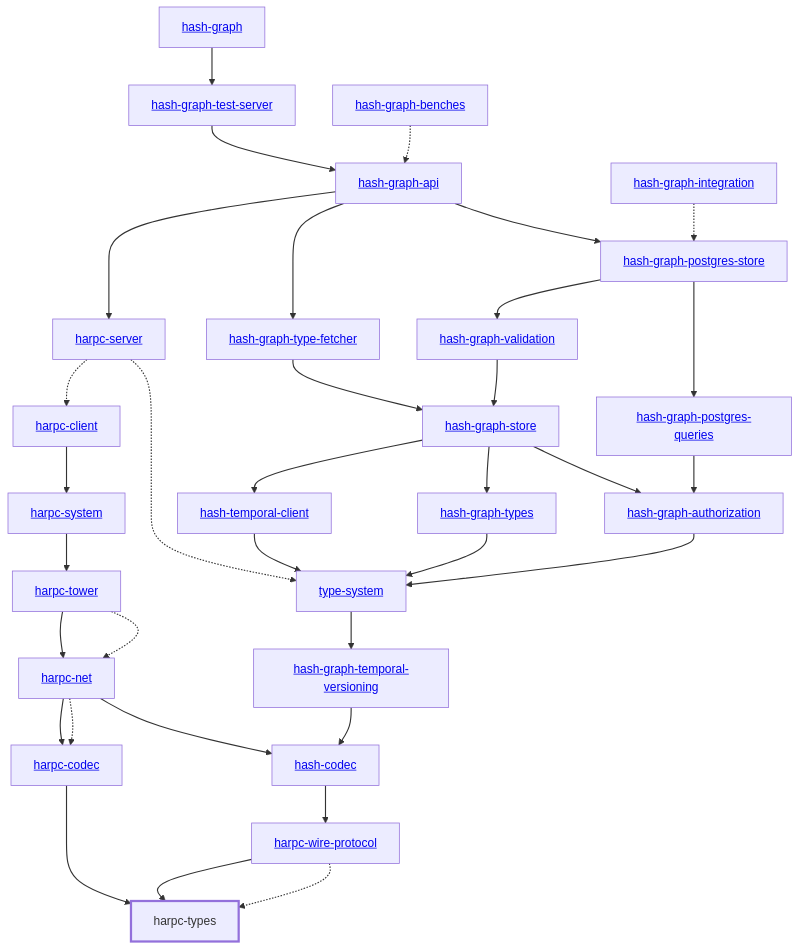
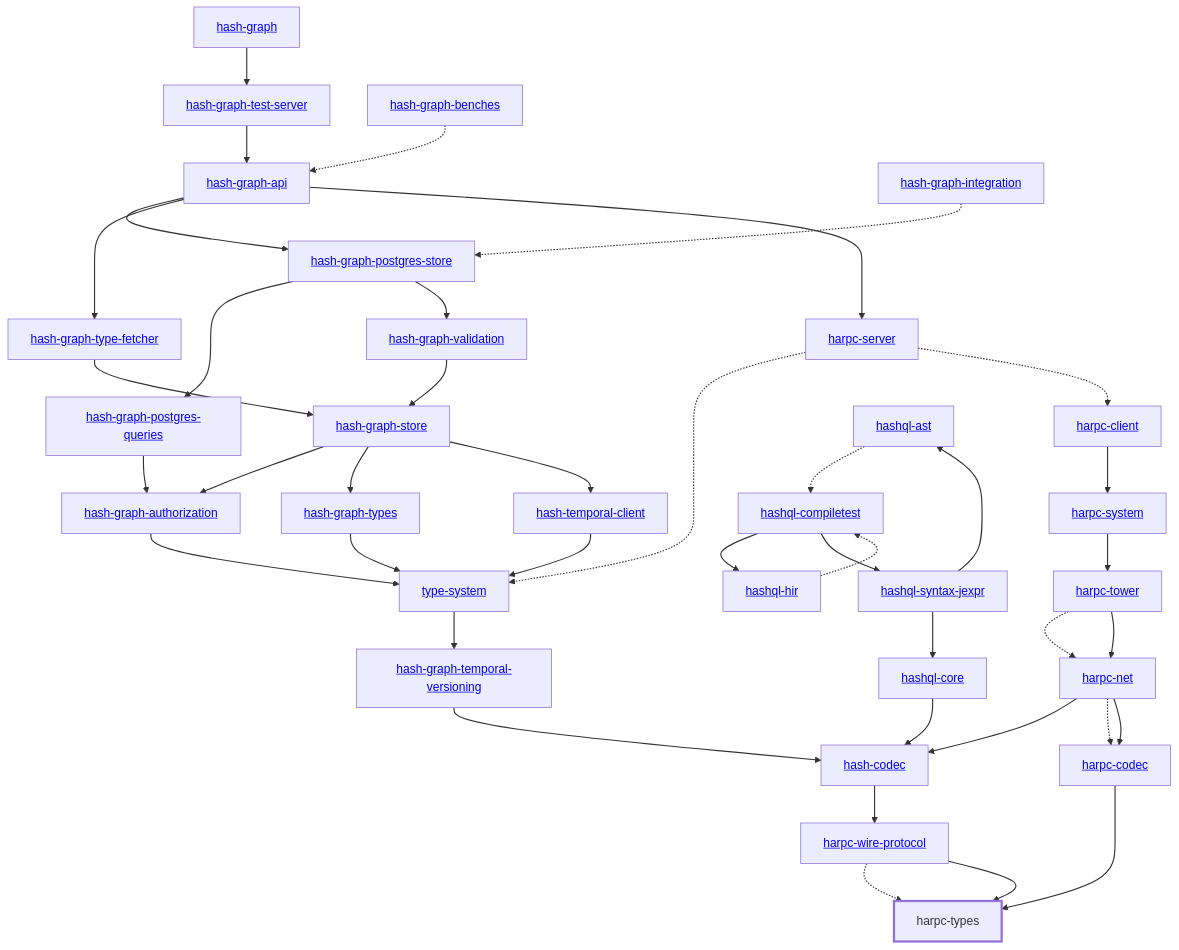
The diagram in libs/@local/harpc/types/docs/dependency-diagram.mmd (hashintel/hash), drawn with Mermaid before and after one commit. The commit also changed 8 other files, not shown here.

Commit message:
fix: dependency diagram

```diff
--- a/libs/@local/harpc/types/docs/dependency-diagram.mmd
+++ b/libs/@local/harpc/types/docs/dependency-diagram.mmd
@@ -1,68 +1,80 @@
 graph TD
     linkStyle default stroke-width:1.5px
     classDef default stroke-width:1px
     classDef root stroke-width:3px
     classDef dev stroke-width:1px
     classDef build stroke-width:1px
     %% Legend
     %% --> : Normal dependency
     %% -.-> : Dev dependency
     %% ---> : Build dependency
     0[<a href="../hash_graph">hash-graph</a>]
     1[<a href="../type_system">type-system</a>]
     2[<a href="../hash_codec">hash-codec</a>]
     3[<a href="../hash_graph_api">hash-graph-api</a>]
     4[<a href="../hash_graph_authorization">hash-graph-authorization</a>]
     5[<a href="../hash_graph_postgres_queries">hash-graph-postgres-queries</a>]
     6[<a href="../hash_graph_postgres_store">hash-graph-postgres-store</a>]
     7[<a href="../hash_graph_store">hash-graph-store</a>]
     8[<a href="../hash_graph_temporal_versioning">hash-graph-temporal-versioning</a>]
     9[<a href="../hash_graph_test_server">hash-graph-test-server</a>]
     10[<a href="../hash_graph_type_fetcher">hash-graph-type-fetcher</a>]
     11[<a href="../hash_graph_types">hash-graph-types</a>]
     12[<a href="../hash_graph_validation">hash-graph-validation</a>]
     13[<a href="../harpc_client">harpc-client</a>]
     14[<a href="../harpc_codec">harpc-codec</a>]
     15[<a href="../harpc_net">harpc-net</a>]
     16[<a href="../harpc_server">harpc-server</a>]
     17[<a href="../harpc_system">harpc-system</a>]
     18[<a href="../harpc_tower">harpc-tower</a>]
     19[harpc-types]
     class 19 root
     20[<a href="../harpc_wire_protocol">harpc-wire-protocol</a>]
-    21[<a href="../hash_temporal_client">hash-temporal-client</a>]
-    22[<a href="../hash_graph_benches">hash-graph-benches</a>]
-    23[<a href="../hash_graph_integration">hash-graph-integration</a>]
+    21[<a href="../hashql_ast">hashql-ast</a>]
+    22[<a href="../hashql_compiletest">hashql-compiletest</a>]
+    23[<a href="../hashql_core">hashql-core</a>]
+    24[<a href="../hashql_hir">hashql-hir</a>]
+    25[<a href="../hashql_syntax_jexpr">hashql-syntax-jexpr</a>]
+    26[<a href="../hash_temporal_client">hash-temporal-client</a>]
+    27[<a href="../hash_graph_benches">hash-graph-benches</a>]
+    28[<a href="../hash_graph_integration">hash-graph-integration</a>]
     0 --> 9
     1 --> 8
     2 --> 20
     3 --> 6
     3 --> 10
     3 --> 16
     4 --> 1
     5 --> 4
     6 --> 5
     6 --> 12
     7 --> 4
     7 --> 11
-    7 --> 21
+    7 --> 26
     8 --> 2
     9 --> 3
     10 --> 7
     11 --> 1
     12 --> 7
     13 --> 17
     14 --> 19
     15 --> 2
     15 -.-> 14
     15 --> 14
     16 -.-> 1
     16 -.-> 13
     17 --> 18
     18 -.-> 15
     18 --> 15
     20 -.-> 19
     20 --> 19
-    21 --> 1
-    22 -.-> 3
-    23 -.-> 6
+    21 -.-> 22
+    22 --> 24
+    22 --> 25
+    23 --> 2
+    24 -.-> 22
+    25 --> 21
+    25 --> 23
+    26 --> 1
+    27 -.-> 3
+    28 -.-> 6
```
